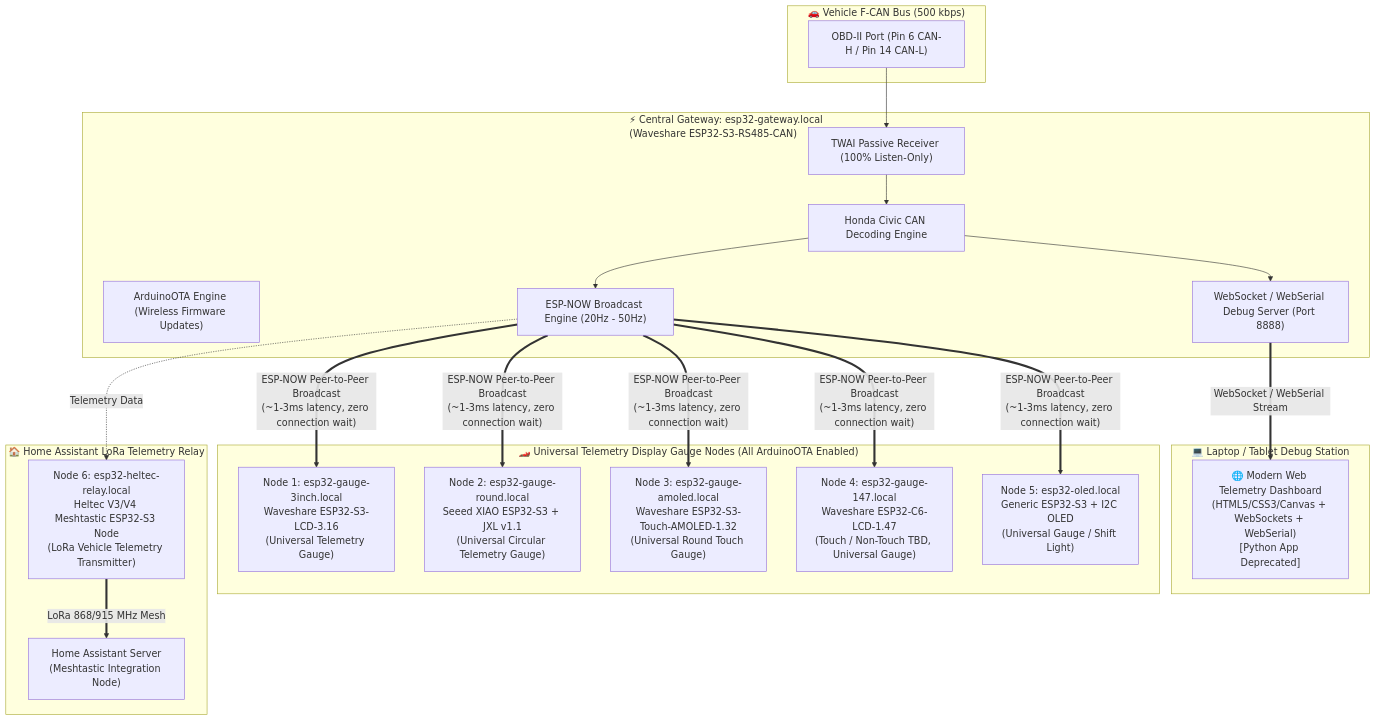
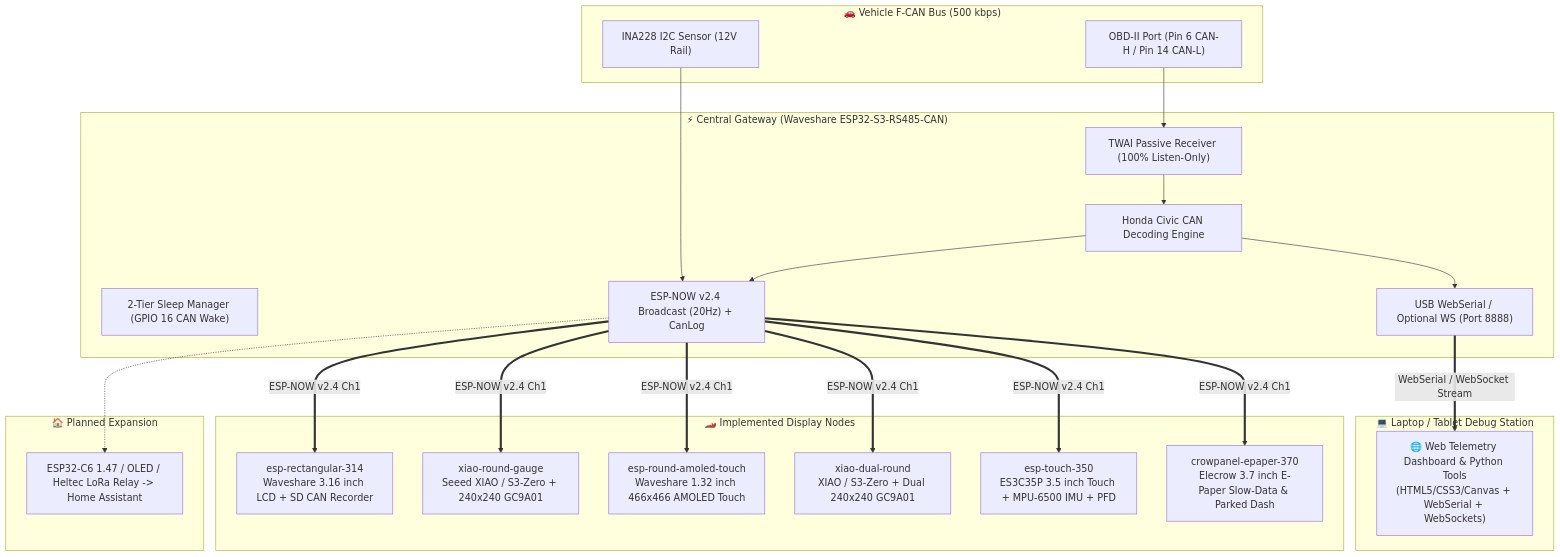
One commit to bazanski/espDash changed the diagram in docs/IMPLEMENTATION_PLAN.md. Above: the diagram before and after it, drawn with Mermaid. The commit also changed other lines of this file and 30 other files, not shown here.

Commit message:
feat(display-nodes): add CrowPanel 3.7 e-paper slow-data dash, track esp-touch-350, and update docs to proto v2.4

````diff
--- a/docs/IMPLEMENTATION_PLAN.md
+++ b/docs/IMPLEMENTATION_PLAN.md
@@ -11,45 +9,46 @@
 ```mermaid
 flowchart TD
     subgraph Car_CAN_Bus ["🚗 Vehicle F-CAN Bus (500 kbps)"]
         OBD2["OBD-II Port (Pin 6 CAN-H / Pin 14 CAN-L)"]
+        INA["INA228 I2C Sensor (12V Rail)"]
     end
 
-    subgraph Central_Gateway ["⚡ Central Gateway: esp32-gateway.local\n(Waveshare ESP32-S3-RS485-CAN)"]
+    subgraph Central_Gateway ["⚡ Central Gateway (Waveshare ESP32-S3-RS485-CAN)"]
         TWAI["TWAI Passive Receiver (100% Listen-Only)"]
         DECODER["Honda Civic CAN Decoding Engine"]
-        OTA_GW["ArduinoOTA Engine (Wireless Firmware Updates)"]
-        ESPNOW_TX["ESP-NOW Broadcast Engine (20Hz - 50Hz)"]
-        WS_SERVER["WebSocket / WebSerial Debug Server (Port 8888)"]
+        SLEEP["2-Tier Sleep Manager (GPIO 16 CAN Wake)"]
+        ESPNOW_TX["ESP-NOW v2.4 Broadcast (20Hz) + CanLog"]
+        SERIAL_WS["USB WebSerial / Optional WS (Port 8888)"]
         
         OBD2 --> TWAI --> DECODER
+        INA --> ESPNOW_TX
         DECODER --> ESPNOW_TX
-        DECODER --> WS_SERVER
+        DECODER --> SERIAL_WS
     end
 
     subgraph Laptop_Debug ["💻 Laptop / Tablet Debug Station"]
-        WEB_APP["🌐 Modern Web Telemetry Dashboard\n(HTML5/CSS3/Canvas + WebSockets + WebSerial)\n[Python App Deprecated]"]
-        WS_SERVER ==>|"WebSocket / WebSerial Stream"| WEB_APP
+        WEB_APP["🌐 Web Telemetry Dashboard & Python Tools\n(HTML5/CSS3/Canvas + WebSerial + WebSockets)"]
+        SERIAL_WS ==>|"WebSerial / WebSocket Stream"| WEB_APP
     end
 
-    subgraph In_Car_Nodes ["🏎️ Universal Telemetry Display Gauge Nodes (All ArduinoOTA Enabled)"]
-        NODE1["Node 1: esp32-gauge-3inch.local\nWaveshare ESP32-S3-LCD-3.16\n(Universal Telemetry Gauge)"]
-        NODE2["Node 2: esp32-gauge-round.local\nSeeed XIAO ESP32-S3 + JXL v1.1\n(Universal Circular Telemetry Gauge)"]
-        NODE3["Node 3: esp32-gauge-amoled.local\nWaveshare ESP32-S3-Touch-AMOLED-1.32\n(Universal Round Touch Gauge)"]
-        NODE4["Node 4: esp32-gauge-147.local\nWaveshare ESP32-C6-LCD-1.47\n(Touch / Non-Touch TBD, Universal Gauge)"]
-        NODE5["Node 5: esp32-oled.local\nGeneric ESP32-S3 + I2C OLED\n(Universal Gauge / Shift Light)"]
+    subgraph In_Car_Nodes ["🏎️ Implemented Display Nodes"]
+        NODE1["esp-rectangular-314\nWaveshare 3.16 inch LCD + SD CAN Recorder"]
+        NODE2["xiao-round-gauge\nSeeed XIAO / S3-Zero + 240x240 GC9A01"]
+        NODE3["esp-round-amoled-touch\nWaveshare 1.32 inch 466x466 AMOLED Touch"]
+        NODE4["xiao-dual-round\nXIAO / S3-Zero + Dual 240x240 GC9A01"]
+        NODE5["esp-touch-350\nES3C35P 3.5 inch Touch + MPU-6500 IMU + PFD"]
+        NODE6["crowpanel-epaper-370\nElecrow 3.7 inch E-Paper Slow-Data & Parked Dash"]
 
-        ESPNOW_TX ==>|"ESP-NOW Peer-to-Peer Broadcast\n(~1-3ms latency, zero connection wait)"| NODE1
-        ESPNOW_TX ==>|"ESP-NOW Peer-to-Peer Broadcast\n(~1-3ms latency, zero connection wait)"| NODE2
-        ESPNOW_TX ==>|"ESP-NOW Peer-to-Peer Broadcast\n(~1-3ms latency, zero connection wait)"| NODE3
-        ESPNOW_TX ==>|"ESP-NOW Peer-to-Peer Broadcast\n(~1-3ms latency, zero connection wait)"| NODE4
-        ESPNOW_TX ==>|"ESP-NOW Peer-to-Peer Broadcast\n(~1-3ms latency, zero connection wait)"| NODE5
+        ESPNOW_TX ==>|"ESP-NOW v2.4 Ch1"| NODE1
+        ESPNOW_TX ==>|"ESP-NOW v2.4 Ch1"| NODE2
+        ESPNOW_TX ==>|"ESP-NOW v2.4 Ch1"| NODE3
+        ESPNOW_TX ==>|"ESP-NOW v2.4 Ch1"| NODE4
+        ESPNOW_TX ==>|"ESP-NOW v2.4 Ch1"| NODE5
+        ESPNOW_TX ==>|"ESP-NOW v2.4 Ch1"| NODE6
     end
 
-    subgraph Home_Automation ["🏠 Home Assistant LoRa Telemetry Relay"]
-        NODE6["Node 6: esp32-heltec-relay.local\nHeltec V3/V4 Meshtastic ESP32-S3 Node\n(LoRa Vehicle Telemetry Transmitter)"]
-        HA["Home Assistant Server\n(Meshtastic Integration Node)"]
-
-        ESPNOW_TX -.->|"Telemetry Data"| NODE6
-        NODE6 ==>|"LoRa 868/915 MHz Mesh"| HA
+    subgraph Planned_Nodes ["🏠 Planned Expansion"]
+        PLANNED["ESP32-C6 1.47 / OLED / Heltec LoRa Relay -> Home Assistant"]
+        ESPNOW_TX -.-> PLANNED
     end
 ```
````
